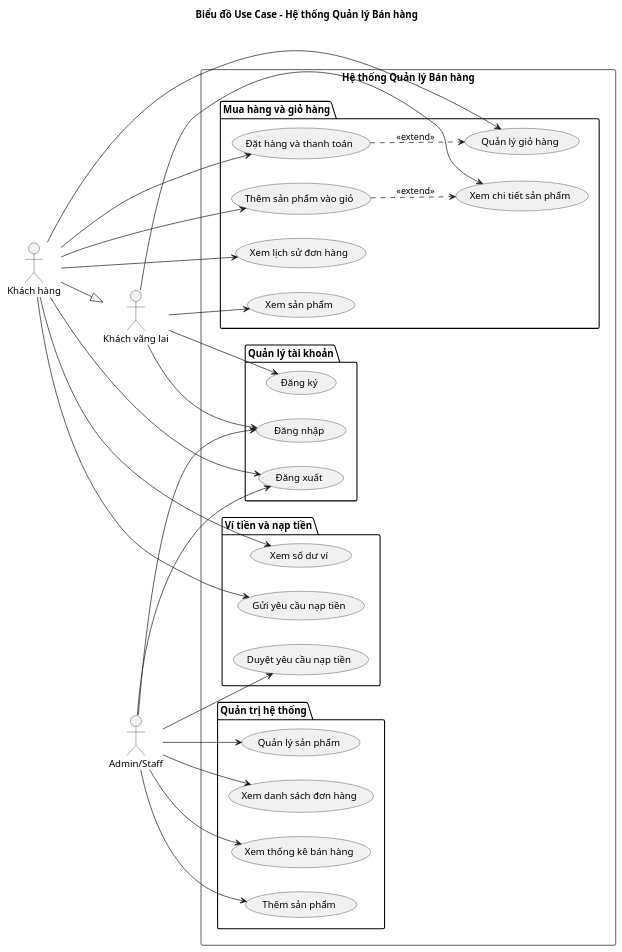
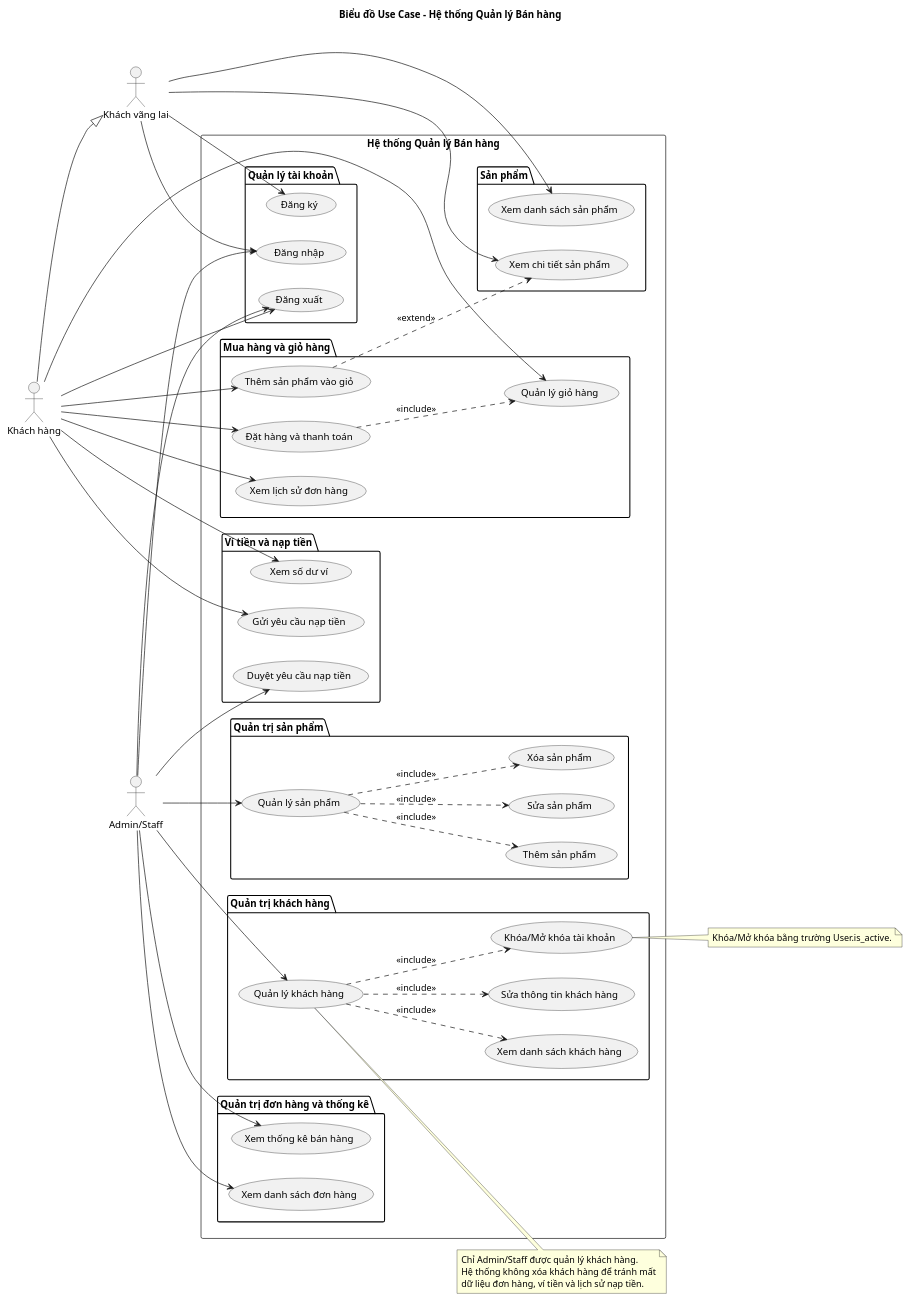
Before and after one commit to ducAnhNotEm/Quan_ly_ban_hang: the diagram in UML/usecase_diagram.puml, drawn with PlantUML. The commit also changed 18 other files, not shown here.

First line of the commit message:
feat(admin): Thêm tính năng Quản lý Sản phẩm và Khách hàng cho Admin/Staff

```diff
--- a/UML/usecase_diagram.puml
+++ b/UML/usecase_diagram.puml
@@ -1,67 +1,100 @@
 @startuml
 title Biểu đồ Use Case - Hệ thống Quản lý Bán hàng
 
 left to right direction
 
 actor "Khách vãng lai" as Guest
 actor "Khách hàng" as Customer
 actor "Admin/Staff" as Admin
 
 Customer --|> Guest
 
 rectangle "Hệ thống Quản lý Bán hàng" {
 
   package "Quản lý tài khoản" {
     usecase "Đăng ký" as UC_Register
     usecase "Đăng nhập" as UC_Login
     usecase "Đăng xuất" as UC_Logout
   }
 
+  package "Sản phẩm" {
+    usecase "Xem danh sách sản phẩm" as UC_ViewProducts
+    usecase "Xem chi tiết sản phẩm" as UC_ViewDetail
+  }
+
   package "Mua hàng và giỏ hàng" {
-    usecase "Xem sản phẩm" as UC_ViewProducts
-    usecase "Xem chi tiết sản phẩm" as UC_ViewDetail
     usecase "Thêm sản phẩm vào giỏ" as UC_AddToCart
     usecase "Quản lý giỏ hàng" as UC_ManageCart
     usecase "Đặt hàng và thanh toán" as UC_Checkout
     usecase "Xem lịch sử đơn hàng" as UC_ViewOrders
   }
 
   package "Ví tiền và nạp tiền" {
     usecase "Xem số dư ví" as UC_ViewWallet
     usecase "Gửi yêu cầu nạp tiền" as UC_TopUpRequest
     usecase "Duyệt yêu cầu nạp tiền" as UC_ApproveTopUp
   }
 
-  package "Quản trị hệ thống" {
+  package "Quản trị sản phẩm" {
+    usecase "Quản lý sản phẩm" as UC_ManageProduct
     usecase "Thêm sản phẩm" as UC_AddProduct
-    usecase "Quản lý sản phẩm" as UC_ManageProduct
+    usecase "Sửa sản phẩm" as UC_EditProduct
+    usecase "Xóa sản phẩm" as UC_DeleteProduct
+  }
+
+  package "Quản trị khách hàng" {
+    usecase "Quản lý khách hàng" as UC_ManageCustomer
+    usecase "Xem danh sách khách hàng" as UC_ViewCustomerList
+    usecase "Sửa thông tin khách hàng" as UC_EditCustomer
+    usecase "Khóa/Mở khóa tài khoản" as UC_ToggleCustomer
+  }
+
+  package "Quản trị đơn hàng và thống kê" {
     usecase "Xem danh sách đơn hàng" as UC_ManageOrders
     usecase "Xem thống kê bán hàng" as UC_ViewStats
   }
 }
 
 Guest --> UC_Register
 Guest --> UC_Login
 Guest --> UC_ViewProducts
 Guest --> UC_ViewDetail
 
 Customer --> UC_Logout
 Customer --> UC_AddToCart
 Customer --> UC_ManageCart
 Customer --> UC_Checkout
 Customer --> UC_ViewOrders
 Customer --> UC_ViewWallet
 Customer --> UC_TopUpRequest
 
 Admin --> UC_Login
 Admin --> UC_Logout
-Admin --> UC_AddProduct
 Admin --> UC_ManageProduct
+Admin --> UC_ManageCustomer
 Admin --> UC_ManageOrders
 Admin --> UC_ApproveTopUp
 Admin --> UC_ViewStats
 
 UC_AddToCart ..> UC_ViewDetail : <<extend>>
-UC_Checkout ..> UC_ManageCart : <<extend>>
+UC_Checkout ..> UC_ManageCart : <<include>>
+
+UC_ManageProduct ..> UC_AddProduct : <<include>>
+UC_ManageProduct ..> UC_EditProduct : <<include>>
+UC_ManageProduct ..> UC_DeleteProduct : <<include>>
+
+UC_ManageCustomer ..> UC_ViewCustomerList : <<include>>
+UC_ManageCustomer ..> UC_EditCustomer : <<include>>
+UC_ManageCustomer ..> UC_ToggleCustomer : <<include>>
+
+note right of UC_ManageCustomer
+  Chỉ Admin/Staff được quản lý khách hàng.
+  Hệ thống không xóa khách hàng để tránh mất
+  dữ liệu đơn hàng, ví tiền và lịch sử nạp tiền.
+end note
+
+note right of UC_ToggleCustomer
+  Khóa/Mở khóa bằng trường User.is_active.
+end note
 
 @enduml
```
